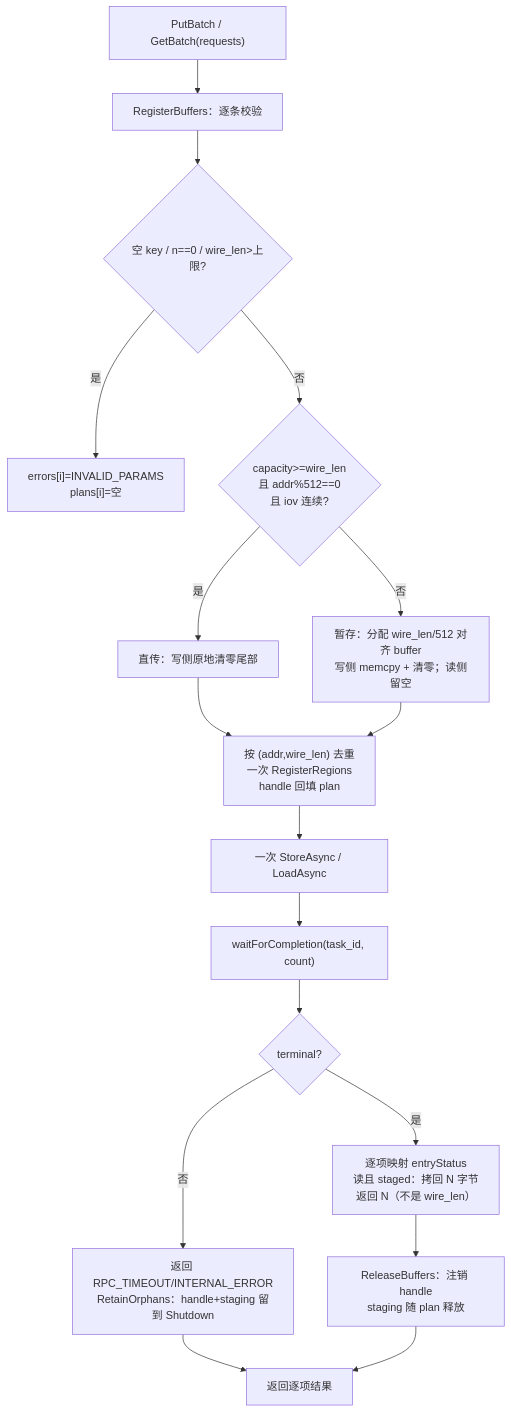
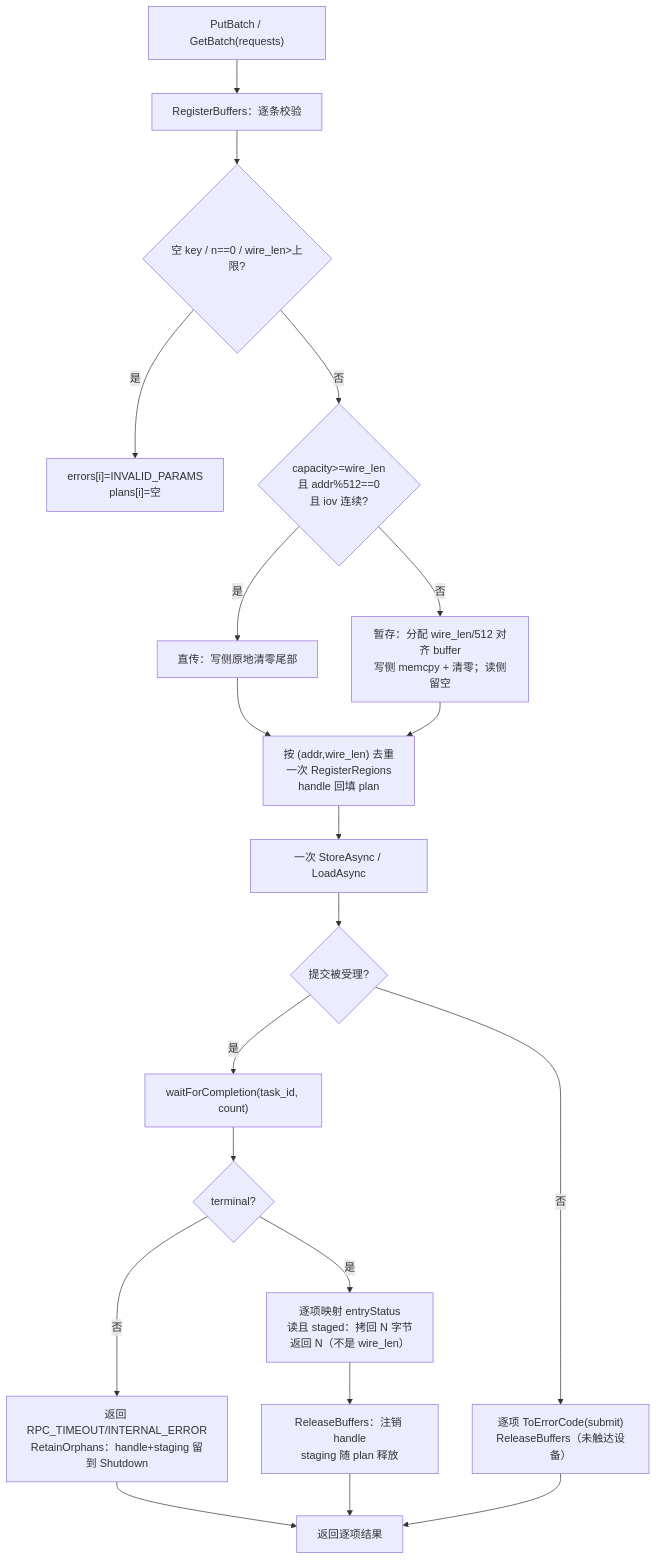
One commit to zwj20000328-dotcom/Mooncake-documents changed the fifth of 9 diagrams in Mooncake + KVClient L3 接入（Kvcs）- PR 实施设计.md. Above: the diagram before and after it, drawn with Mermaid. The commit also changed other lines of this file, not shown here.

````diff
--- a/Mooncake + KVClient L3 接入（Kvcs）- PR 实施设计.md
+++ b/Mooncake + KVClient L3 接入（Kvcs）- PR 实施设计.md
@@ -437,19 +450,22 @@
 ```mermaid
 flowchart TB
     A["PutBatch / GetBatch(requests)"] --> B["RegisterBuffers：逐条校验"]
     B --> C{"空 key / n==0 / wire_len>上限?"}
     C -->|是| E["errors[i]=INVALID_PARAMS<br/>plans[i]=空"]
     C -->|否| D{"capacity>=wire_len<br/>且 addr%512==0<br/>且 iov 连续?"}
     D -->|是| DIR["直传：写侧原地清零尾部"]
     D -->|否| STG["暂存：分配 wire_len/512 对齐 buffer<br/>写侧 memcpy + 清零；读侧留空"]
     DIR --> REG["按 (addr,wire_len) 去重<br/>一次 RegisterRegions<br/>handle 回填 plan"]
     STG --> REG
     REG --> SUB["一次 StoreAsync / LoadAsync"]
-    SUB --> WAIT["waitForCompletion(task_id, count)"]
+    SUB --> SUBOK{"提交被受理?"}
+    SUBOK -->|否| SUBFAIL["逐项 ToErrorCode(submit)<br/>ReleaseBuffers（未触达设备）"]
+    SUBOK -->|是| WAIT["waitForCompletion(task_id, count)"]
     WAIT --> TERM{"terminal?"}
     TERM -->|否| KEEP["返回 RPC_TIMEOUT/INTERNAL_ERROR<br/>RetainOrphans：handle+staging 留到 Shutdown"]
     TERM -->|是| MAP["逐项映射 entryStatus<br/>读且 staged：拷回 N 字节<br/>返回 N（不是 wire_len）"]
     MAP --> REL["ReleaseBuffers：注销 handle<br/>staging 随 plan 释放"]
     KEEP --> END["返回逐项结果"]
     REL --> END
+    SUBFAIL --> END
 ```
````
